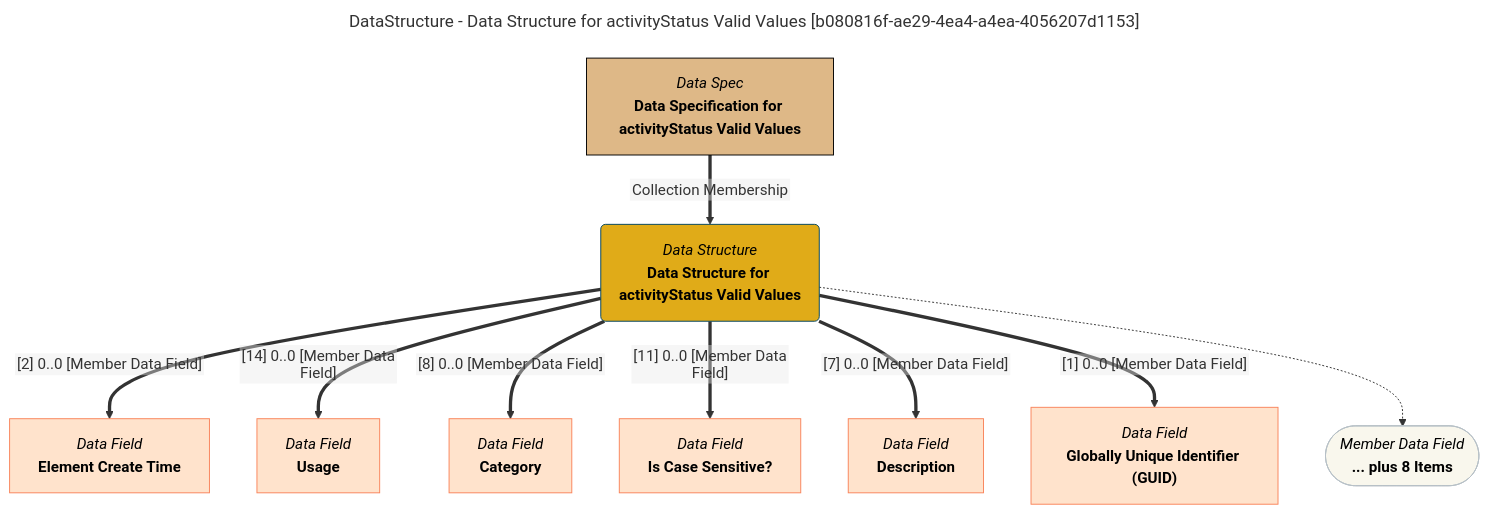
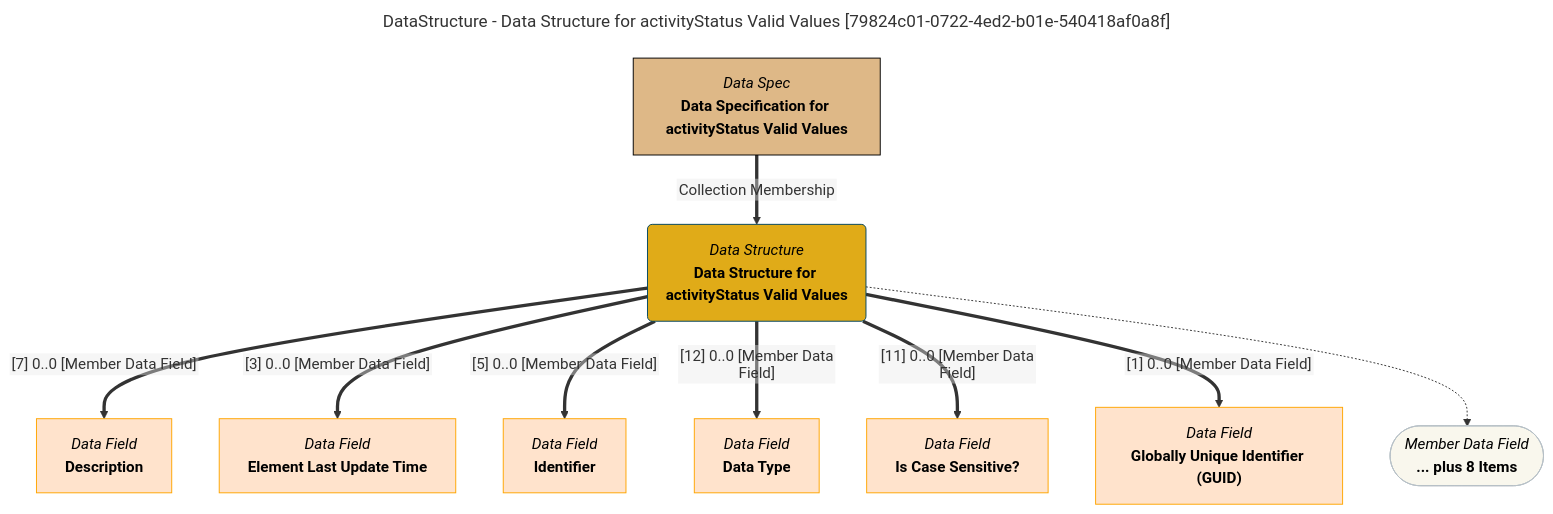
Before and after one commit to odpi/egeria-docs: the diagram in site/snippets/data-structures/data-structure-for-activitystatus-valid-values-mermaid-graph.md, drawn with Mermaid. The commit also changed 2201 other files, not shown here.

````diff
--- a/site/snippets/data-structures/data-structure-for-activitystatus-valid-values-mermaid-graph.md
+++ b/site/snippets/data-structures/data-structure-for-activitystatus-valid-values-mermaid-graph.md
@@ -1,43 +1,43 @@
 ```mermaid
 ---
-title: DataStructure - Data Structure for activityStatus Valid Values [b080816f-ae29-4ea4-a4ea-4056207d1153]
+title: DataStructure - Data Structure for activityStatus Valid Values [79824c01-0722-4ed2-b01e-540418af0a8f]
 ---
 flowchart TD
 %%{init: {"flowchart": {"htmlLabels": false}} }%%
 
 1@{ shape: rounded, label: "*Data Structure*
 **Data Structure for activityStatus Valid Values**"}
 2@{ shape: rect, label: "*Data Spec*
 **Data Specification for activityStatus Valid Values**"}
 2==>|"Collection Membership"|1
 3@{ shape: rect, label: "*Data Field*
-**Element Create Time**"}
-1==>|"[2] 0..0 [Member Data Field]"|3
+**Description**"}
+1==>|"[7] 0..0 [Member Data Field]"|3
 4@{ shape: rect, label: "*Data Field*
-**Usage**"}
-1==>|"[14] 0..0 [Member Data Field]"|4
+**Element Last Update Time**"}
+1==>|"[3] 0..0 [Member Data Field]"|4
 5@{ shape: rect, label: "*Data Field*
-**Category**"}
-1==>|"[8] 0..0 [Member Data Field]"|5
+**Identifier**"}
+1==>|"[5] 0..0 [Member Data Field]"|5
 6@{ shape: rect, label: "*Data Field*
+**Data Type**"}
+1==>|"[12] 0..0 [Member Data Field]"|6
+7@{ shape: rect, label: "*Data Field*
 **Is Case Sensitive?**"}
-1==>|"[11] 0..0 [Member Data Field]"|6
-7@{ shape: rect, label: "*Data Field*
-**Description**"}
-1==>|"[7] 0..0 [Member Data Field]"|7
+1==>|"[11] 0..0 [Member Data Field]"|7
 8@{ shape: rect, label: "*Data Field*
 **Globally Unique Identifier (GUID)**"}
 1==>|"[1] 0..0 [Member Data Field]"|8
 9@{ shape: stadium, label: "*Member Data Field*
 **... plus 8 Items**"}
 1-.->9
 style 1 color:#000000, fill:#e0ab18, stroke:#004563
-style 2 color:#000000, fill:#deb887, stroke:#000000
-style 3 color:#000000, fill:#ffe3cc, stroke:#f9845b
-style 4 color:#000000, fill:#ffe3cc, stroke:#f9845b
-style 5 color:#000000, fill:#ffe3cc, stroke:#f9845b
-style 6 color:#000000, fill:#ffe3cc, stroke:#f9845b
-style 7 color:#000000, fill:#ffe3cc, stroke:#f9845b
-style 8 color:#000000, fill:#ffe3cc, stroke:#f9845b
+style 2 color:#000000, fill:#DEB887, stroke:#000000
+style 3 color:#000000, fill:#ffe3cc, stroke:#FFA500
+style 4 color:#000000, fill:#ffe3cc, stroke:#FFA500
+style 5 color:#000000, fill:#ffe3cc, stroke:#FFA500
+style 6 color:#000000, fill:#ffe3cc, stroke:#FFA500
+style 7 color:#000000, fill:#ffe3cc, stroke:#FFA500
+style 8 color:#000000, fill:#ffe3cc, stroke:#FFA500
 style 9 color:#000000, fill:#F9F7ED, stroke:#b7c0c7
 ```
````
